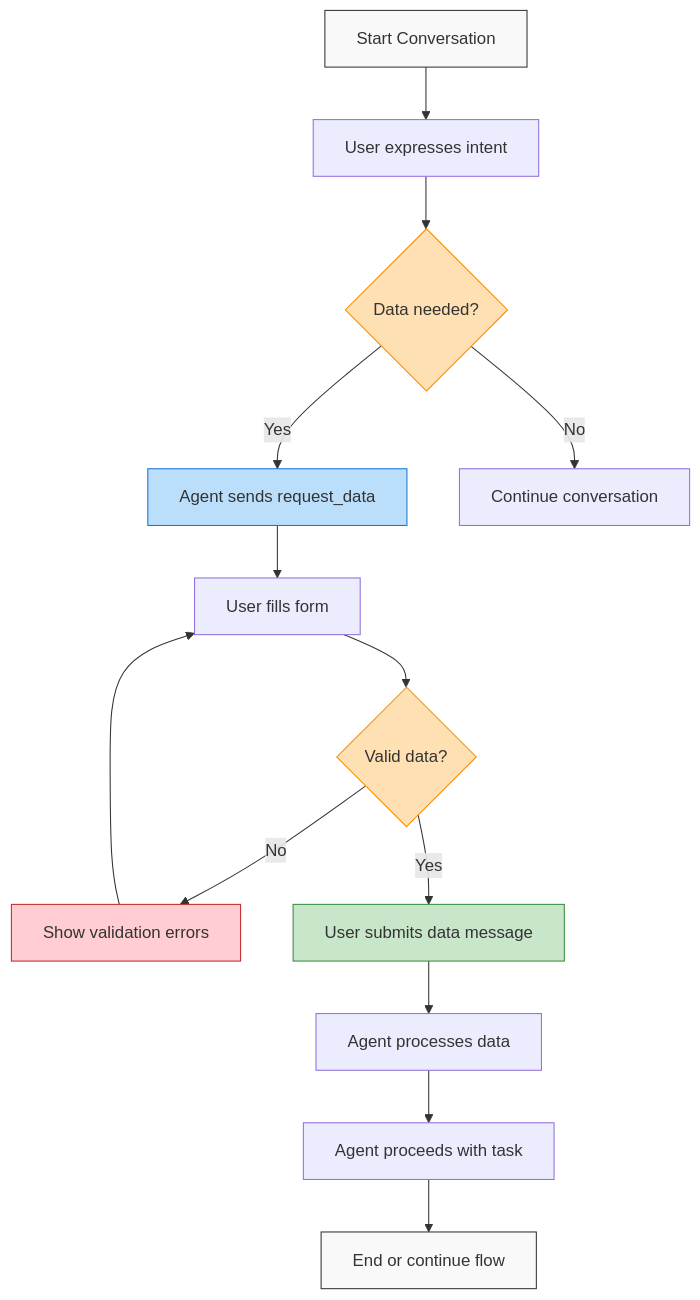
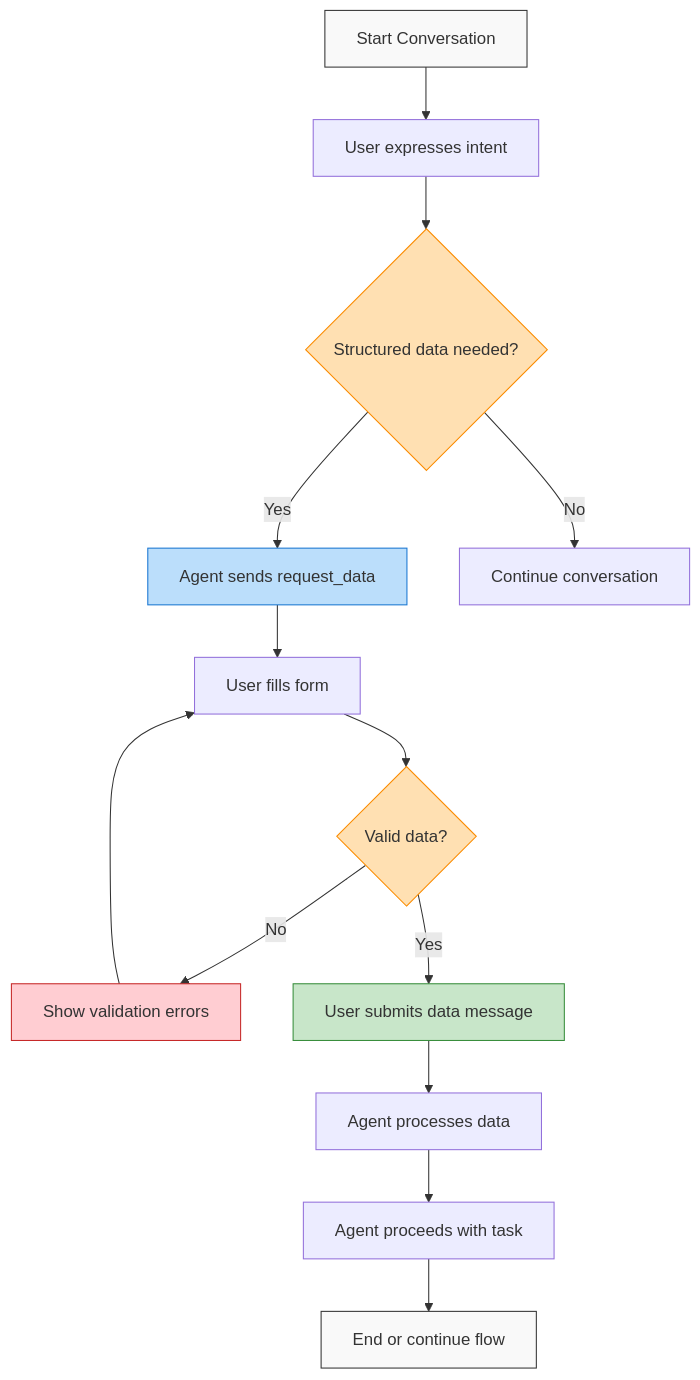
One commit to nearai/aitp changed the first of 2 diagrams in website/docs/capabilities/aitp-03-data-request/sample-flows.md. Above: the diagram before and after it, drawn with Mermaid. The commit also changed other lines of this file and 13 other files, not shown here.

````diff
--- a/website/docs/capabilities/aitp-03-data-request/sample-flows.md
+++ b/website/docs/capabilities/aitp-03-data-request/sample-flows.md
@@ -12,25 +9,25 @@
 ```mermaid
 flowchart TD
     Start[Start Conversation] --> Intent[User expresses intent]
-    Intent --> DataNeeded{Data needed?}
+    Intent --> DataNeeded{Structured data needed?}
     DataNeeded -->|Yes| RequestData[Agent sends request_data]
     DataNeeded -->|No| Continue[Continue conversation]
     
     RequestData --> UserFills[User fills form]
     UserFills --> ValidData{Valid data?}
     ValidData -->|No| ShowErrors[Show validation errors]
     ShowErrors --> UserFills
     
     ValidData -->|Yes| SubmitData[User submits data message]
     SubmitData --> ProcessData[Agent processes data]
     ProcessData --> NextSteps[Agent proceeds with task]
     NextSteps --> End[End or continue flow]
     
     style Start fill:#f9f9f9,stroke:#333
     style End fill:#f9f9f9,stroke:#333
     style DataNeeded fill:#ffe0b2,stroke:#fb8c00
     style ValidData fill:#ffe0b2,stroke:#fb8c00
     style RequestData fill:#bbdefb,stroke:#1976d2
     style SubmitData fill:#c8e6c9,stroke:#388e3c
     style ShowErrors fill:#ffcdd2,stroke:#c62828
 ```
````
